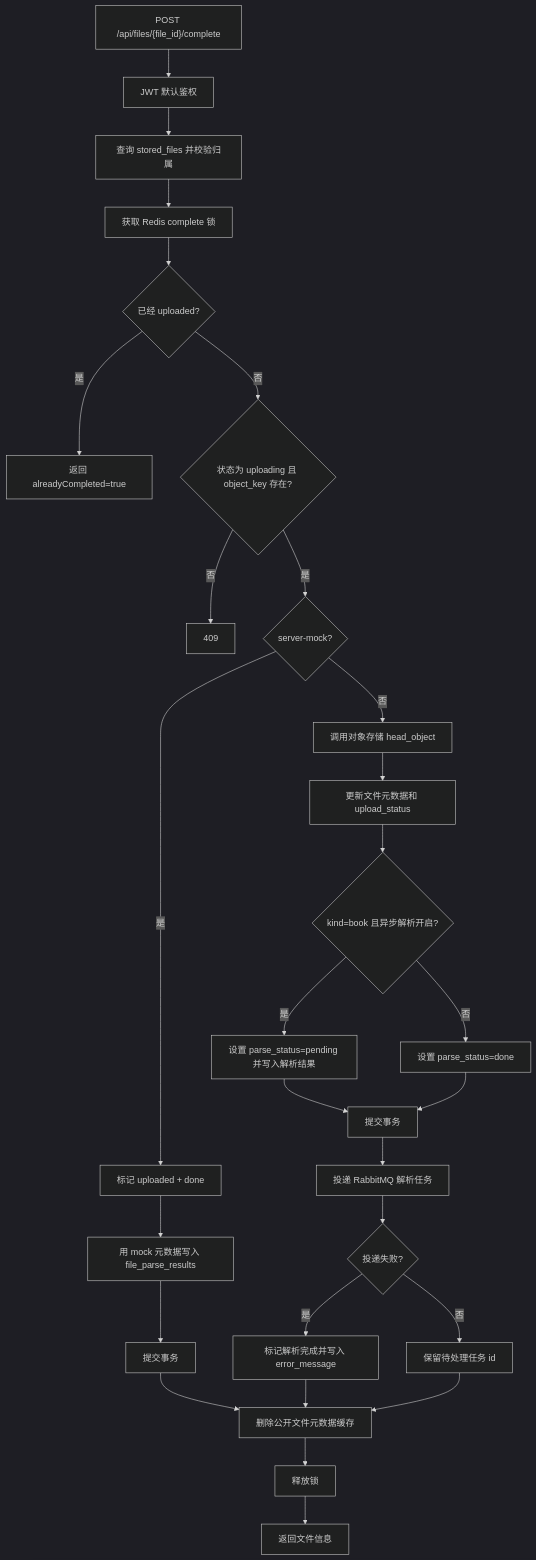
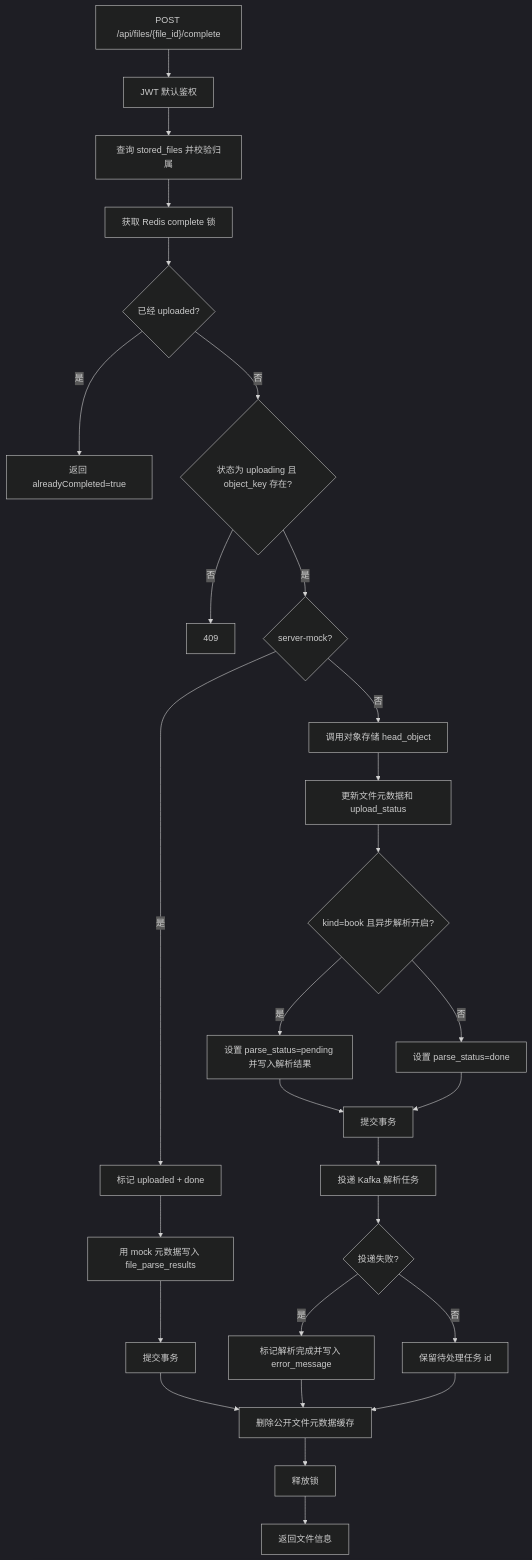
The third of 7 diagrams in document/模块图表/04-文件模块.md (hwb-321/ZlibSE), drawn with Mermaid (dark theme) before and after one commit. The commit also changed other lines of this file and 12 other files, not shown here.

````diff
--- a/document/模块图表/04-文件模块.md
+++ b/document/模块图表/04-文件模块.md
@@ -57,30 +57,30 @@
 ```mermaid
 flowchart TD
     A["POST /api/files/{file_id}/complete"] --> B[JWT 默认鉴权]
     B --> C[查询 stored_files 并校验归属]
     C --> D[获取 Redis complete 锁]
     D --> E{已经 uploaded?}
     E -- 是 --> R[返回 alreadyCompleted=true]
     E -- 否 --> F{状态为 uploading 且 object_key 存在?}
     F -- 否 --> X[409]
     F -- 是 --> G{server-mock?}
     G -- 是 --> H[标记 uploaded + done]
     H --> I[用 mock 元数据写入 file_parse_results]
     I --> J[提交事务]
     G -- 否 --> K[调用对象存储 head_object]
     K --> L[更新文件元数据和 upload_status]
     L --> M{kind=book 且异步解析开启?}
     M -- 是 --> N[设置 parse_status=pending 并写入解析结果]
     N --> O[提交事务]
-    O --> P[投递 RabbitMQ 解析任务]
+    O --> P[投递 Kafka 解析任务]
     P --> Q{投递失败?}
     Q -- 是 --> S[标记解析完成并写入 error_message]
     Q -- 否 --> T[保留待处理任务 id]
     M -- 否 --> U[设置 parse_status=done]
     U --> O
     J --> V[删除公开文件元数据缓存]
     S --> V
     T --> V
     V --> W[释放锁]
     W --> R2[返回文件信息]
 ```
````
